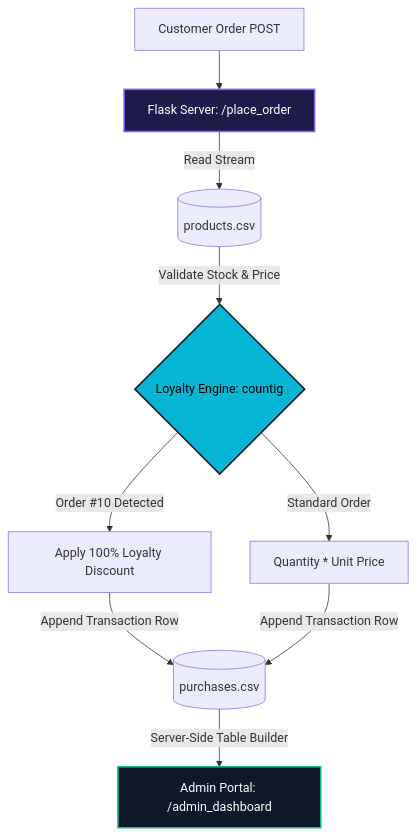
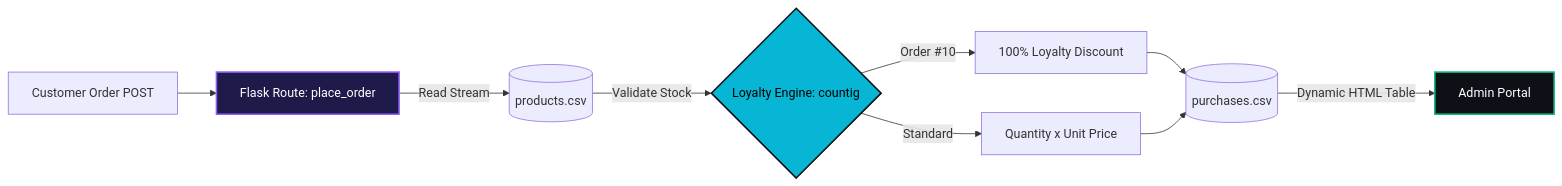
The second of 4 diagrams in README.md (RD998/RD998), drawn with Mermaid before and after one commit. The commit also changed other lines of this file, not shown here.

````diff
--- a/README.md
+++ b/README.md
@@ -71,13 +81,14 @@
 ```mermaid
-flowchart TD
-    USER[Customer Order POST] --> FLASK[Flask Server: /place_order]
-    FLASK -->|Read Stream| PROD[(products.csv)]
-    PROD -->|Validate Stock & Price| LOGIC{Loyalty Engine: countig}
-    LOGIC -->|Order #10 Detected| FREE[Apply 100% Loyalty Discount]
-    LOGIC -->|Standard Order| CALC[Quantity * Unit Price]
-    FREE & CALC -->|Append Transaction Row| PURCH[(purchases.csv)]
-    PURCH -->|Server-Side Table Builder| ADMIN[Admin Portal: /admin_dashboard]
+flowchart LR
+    USER["Customer Order POST"] --> FLASK["Flask Route: place_order"]
+    FLASK -->|"Read Stream"| PROD[("products.csv")]
+    PROD -->|"Validate Stock"| LOGIC{"Loyalty Engine: countig"}
+    LOGIC -->|"Order #10"| FREE["100% Loyalty Discount"]
+    LOGIC -->|"Standard"| CALC["Quantity x Unit Price"]
+    FREE --> PURCH[("purchases.csv")]
+    CALC --> PURCH
+    PURCH -->|"Dynamic HTML Table"| ADMIN["Admin Portal"]
     style FLASK fill:#1e1b4b,stroke:#8b5cf6,stroke-width:2px,color:#fff
-    style LOGIC fill:#06b6d4,stroke:#0f172a,stroke-width:2px,color:#000
-    style ADMIN fill:#0f172a,stroke:#10b981,stroke-width:2px,color:#fff
+    style LOGIC fill:#06b6d4,stroke:#0d1117,stroke-width:2px,color:#000
+    style ADMIN fill:#0d1117,stroke:#10b981,stroke-width:2px,color:#fff
 ```
````
